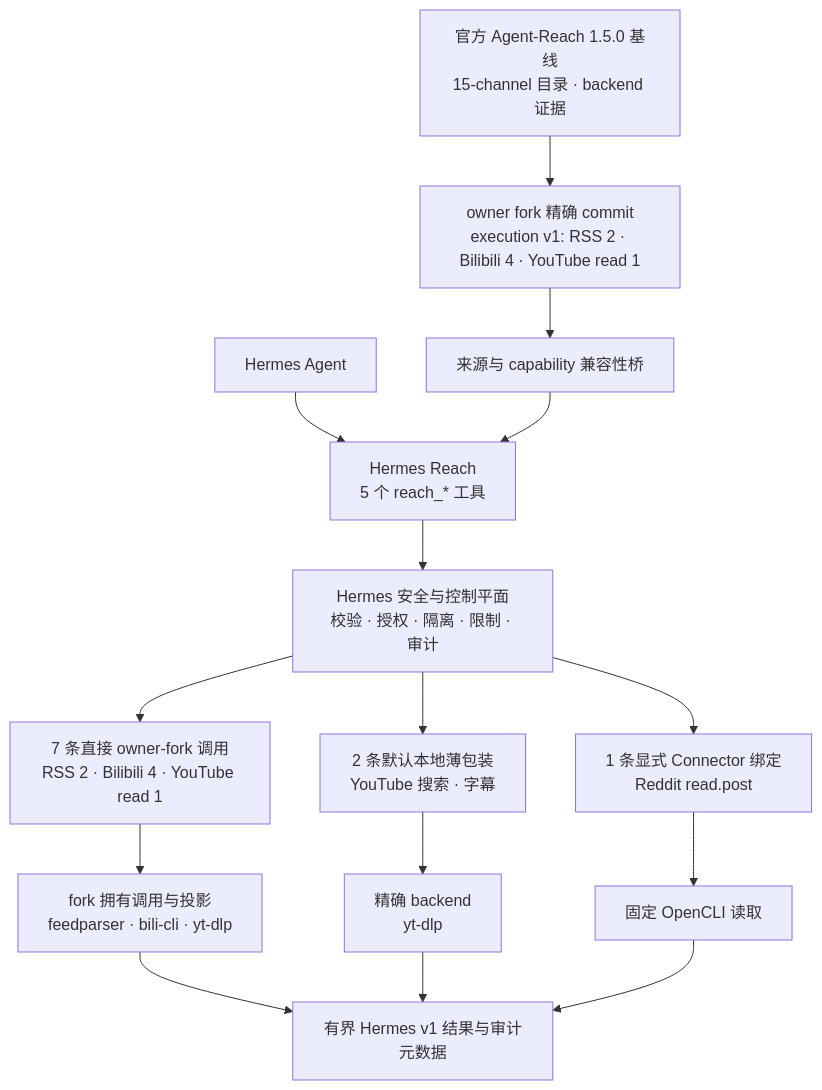
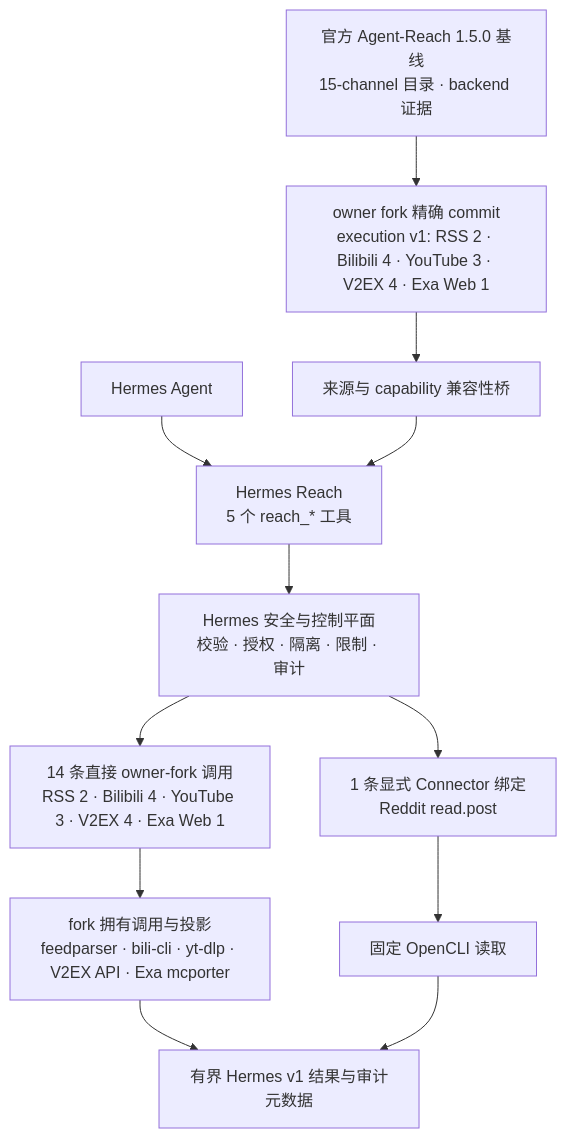
One commit to izumi0uu/hermes-reach changed the first of 2 diagrams in README.md. Above: the diagram before and after it, drawn with Mermaid. The commit also changed other lines of this file and 55 other files, not shown here.

Commit message:
feat(agent-reach): execute public platform batch through fork runtime

````diff
--- a/README.md
+++ b/README.md
@@ -278,17 +308,14 @@
 ```mermaid
 flowchart TD
     Hermes["Hermes Agent"] --> Plugin["Hermes Reach<br/>5 个 reach_* 工具"]
-    Upstream["官方 Agent-Reach 1.5.0 基线<br/>15-channel 目录 · backend 证据"] --> Fork["owner fork 精确 commit<br/>execution v1: RSS 2 · Bilibili 4 · YouTube read 1"]
+    Upstream["官方 Agent-Reach 1.5.0 基线<br/>15-channel 目录 · backend 证据"] --> Fork["owner fork 精确 commit<br/>execution v1: RSS 2 · Bilibili 4 · YouTube 3 · V2EX 4 · Exa Web 1"]
     Fork --> Bridge["来源与 capability 兼容性桥"]
     Bridge --> Plugin
     Plugin --> Guard["Hermes 安全与控制平面<br/>校验 · 授权 · 隔离 · 限制 · 审计"]
-    Guard --> ForkOps["7 条直接 owner-fork 调用<br/>RSS 2 · Bilibili 4 · YouTube read 1"]
-    Guard --> Local["2 条默认本地薄包装<br/>YouTube 搜索 · 字幕"]
+    Guard --> ForkOps["14 条直接 owner-fork 调用<br/>RSS 2 · Bilibili 4 · YouTube 3 · V2EX 4 · Exa Web 1"]
     Guard --> Connector["1 条显式 Connector 绑定<br/>Reddit read.post"]
-    ForkOps --> ForkBackends["fork 拥有调用与投影<br/>feedparser · bili-cli · yt-dlp"]
-    Local --> Backends["精确 backend<br/>yt-dlp"]
+    ForkOps --> ForkBackends["fork 拥有调用与投影<br/>feedparser · bili-cli · yt-dlp · V2EX API · Exa mcporter"]
     Connector --> OpenCLI["固定 OpenCLI 读取"]
     ForkBackends --> Results["有界 Hermes v1 结果与审计元数据"]
-    Backends --> Results
     OpenCLI --> Results
 ```
````
